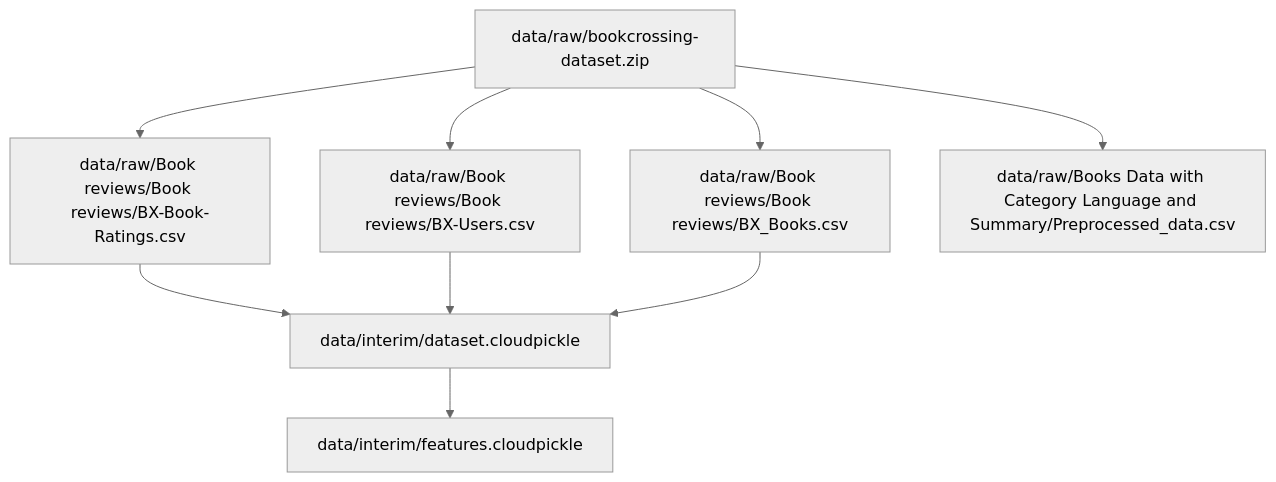
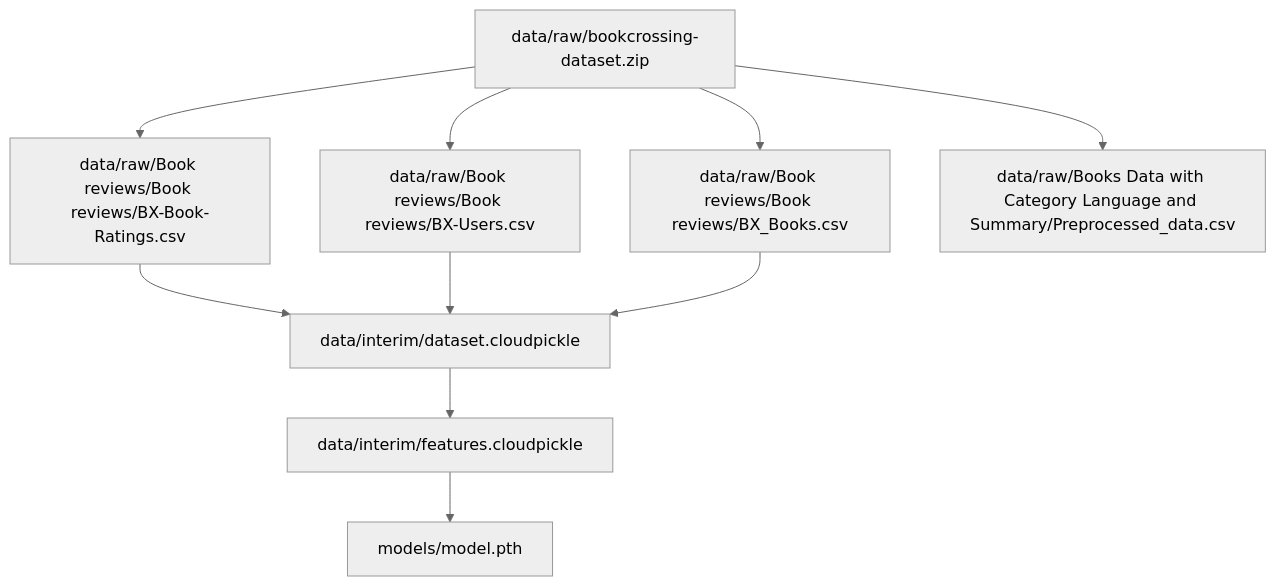
Before and after one commit to u-masao/two-tower-model-tutorial: the second of 2 diagrams in PIPELINE.md, drawn with Mermaid (neutral theme). The commit also changed other lines of this file, not shown here.

Commit message:
update dvc pipeline

````diff
--- a/PIPELINE.md
+++ b/PIPELINE.md
@@ -22,18 +24,20 @@
 ```mermaid
 flowchart TD
 	node1["data/interim/dataset.cloudpickle"]
 	node2["data/interim/features.cloudpickle"]
 	node3["data/raw/Book reviews/Book reviews/BX-Book-Ratings.csv"]
 	node4["data/raw/Book reviews/Book reviews/BX-Users.csv"]
 	node5["data/raw/Book reviews/Book reviews/BX_Books.csv"]
 	node6["data/raw/Books Data with Category Language and Summary/Preprocessed_data.csv"]
 	node7["data/raw/bookcrossing-dataset.zip"]
+	node8["models/model.pth"]
 	node1-->node2
+	node2-->node8
 	node3-->node1
 	node4-->node1
 	node5-->node1
 	node7-->node3
 	node7-->node4
 	node7-->node5
 	node7-->node6
 ```
````
